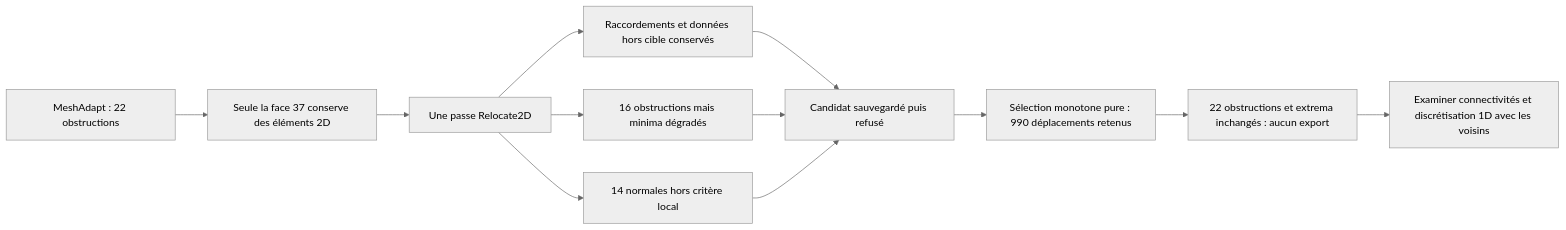
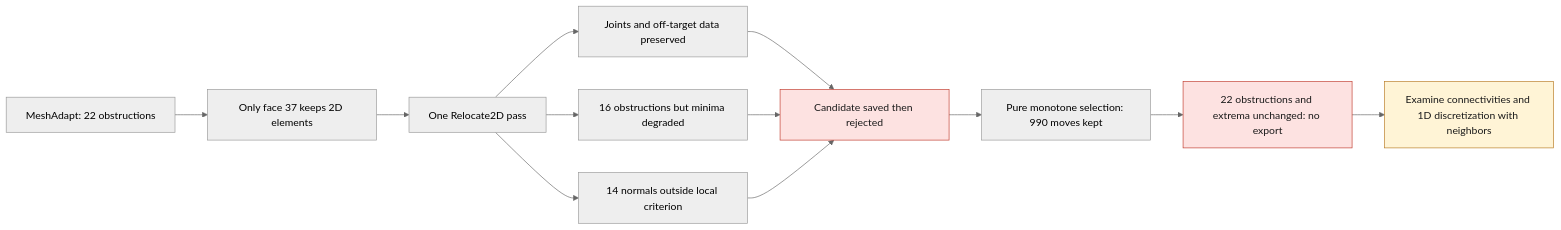
One commit to cluster2600/porscheparts changed the diagram in docs/reports/M64_SURFACE_RELOCATION_20260909.md. Above: the diagram before and after it, drawn with Mermaid (neutral theme). The commit also changed other lines of this file and 228 other files, not shown here.

````diff
--- a/docs/reports/M64_SURFACE_RELOCATION_20260909.md
+++ b/docs/reports/M64_SURFACE_RELOCATION_20260909.md
@@ -113,14 +113,18 @@
 ```mermaid
 flowchart LR
-    A[MeshAdapt : 22 obstructions] --> B[Seule la face 37 conserve des éléments 2D]
-    B --> C[Une passe Relocate2D]
-    C --> D[Raccordements et données hors cible conservés]
-    C --> E[16 obstructions mais minima dégradés]
-    C --> F[14 normales hors critère local]
-    D --> G[Candidat sauvegardé puis refusé]
+    A[MeshAdapt: 22 obstructions] --> B[Only face 37 keeps 2D elements]
+    B --> C[One Relocate2D pass]
+    C --> D[Joints and off-target data preserved]
+    C --> E[16 obstructions but minima degraded]
+    C --> F[14 normals outside local criterion]
+    D --> G[Candidate saved then rejected]
     E --> G
     F --> G
-    G --> H[Sélection monotone pure : 990 déplacements retenus]
-    H --> I[22 obstructions et extrema inchangés : aucun export]
-    I --> J[Examiner connectivités et discrétisation 1D avec les voisins]
+    G --> H[Pure monotone selection: 990 moves kept]
+    H --> I[22 obstructions and extrema unchanged: no export]
+    I --> J[Examine connectivities and 1D discretization with neighbors]
+    classDef stop fill:#fde2e1,stroke:#c0392b,color:#1a1a1a;
+    classDef open fill:#fff4d6,stroke:#b7791f,color:#1a1a1a;
+    class G,I stop
+    class J open
 ```
````
